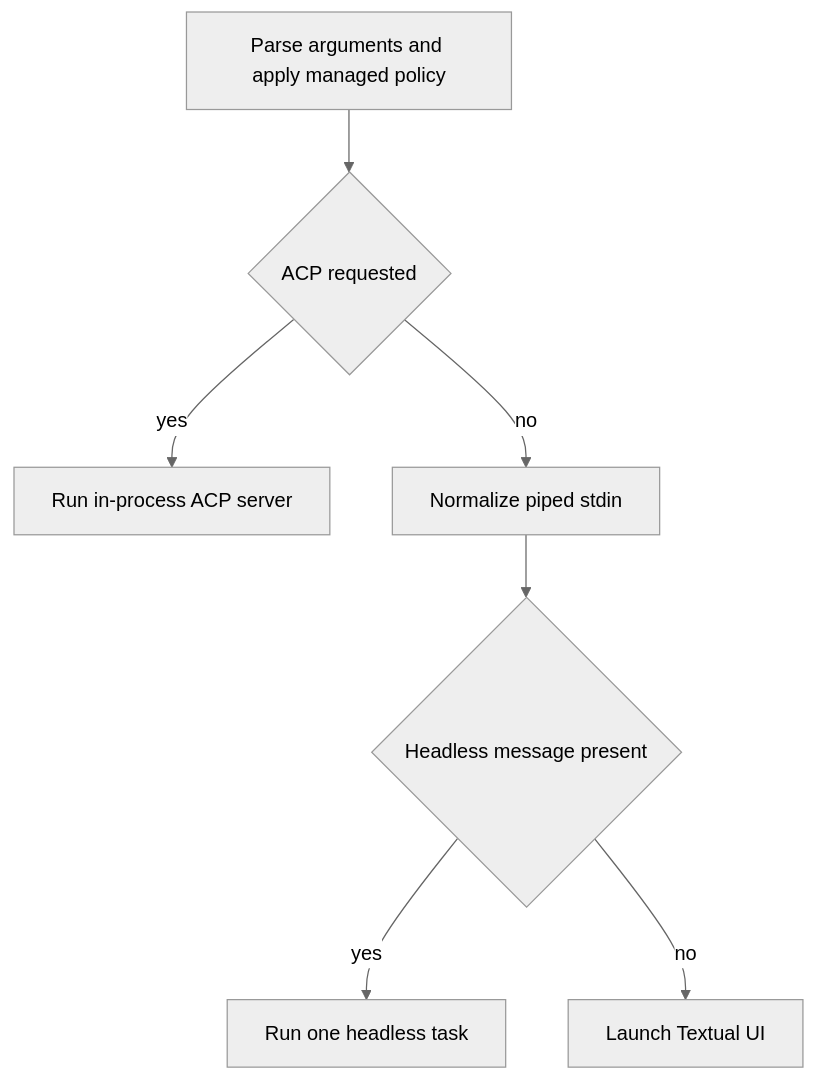
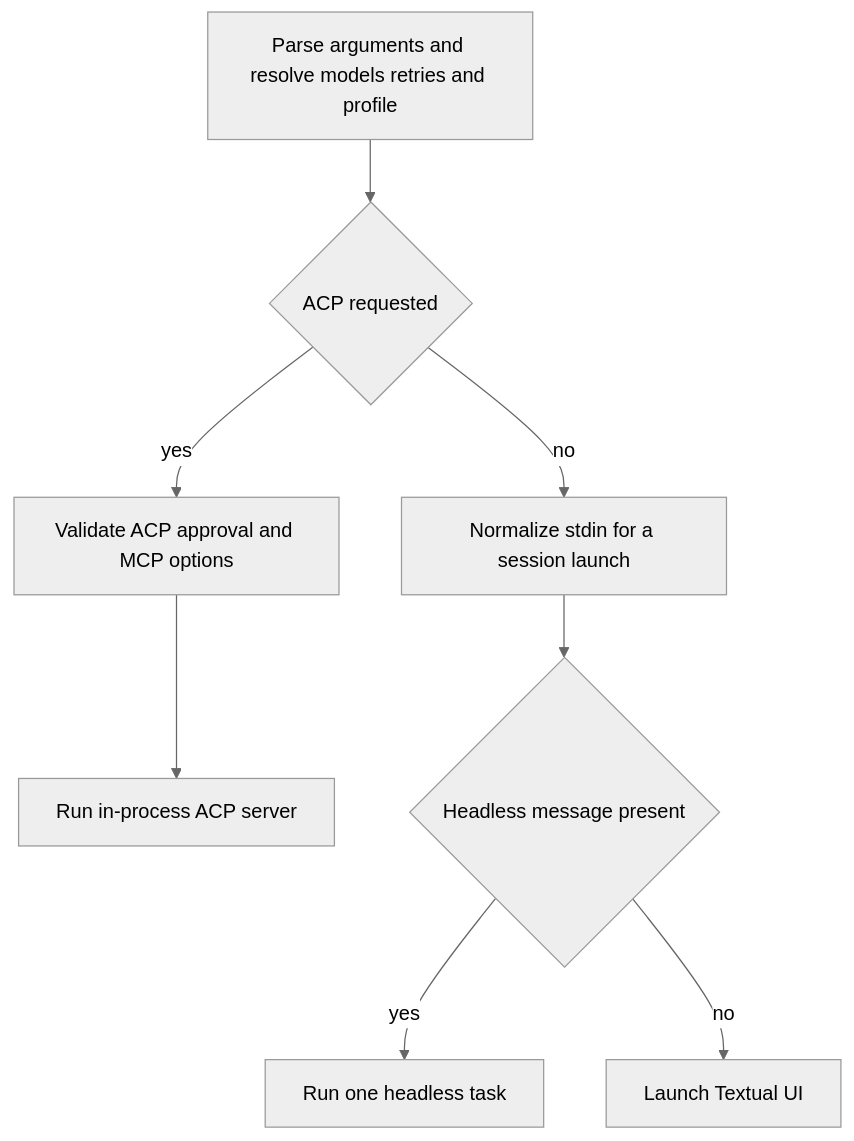
Before and after one commit to langchain-ai/deepagents: the first of 3 diagrams in openwiki/workflows/run-dcode-session.md, drawn with Mermaid (neutral theme). The commit also changed other lines of this file and 63 other files, not shown here.

````diff
--- a/openwiki/workflows/run-dcode-session.md
+++ b/openwiki/workflows/run-dcode-session.md
@@ -63,9 +65,10 @@
 ```mermaid
 flowchart TD
-    Args["Parse arguments and apply managed policy"] --> ACPChoice{"ACP requested"}
-    ACPChoice -->|yes| ACP["Run in-process ACP server"]
-    ACPChoice -->|no| Pipe["Normalize piped stdin"]
+    Args["Parse arguments and resolve models retries and profile"] --> ACPChoice{"ACP requested"}
+    ACPChoice -->|yes| ACPCheck["Validate ACP approval and MCP options"]
+    ACPCheck --> ACP["Run in-process ACP server"]
+    ACPChoice -->|no| Pipe["Normalize stdin for a session launch"]
     Pipe --> HeadlessChoice{"Headless message present"}
     HeadlessChoice -->|yes| Headless["Run one headless task"]
     HeadlessChoice -->|no| TUI["Launch Textual UI"]
 ```
````
